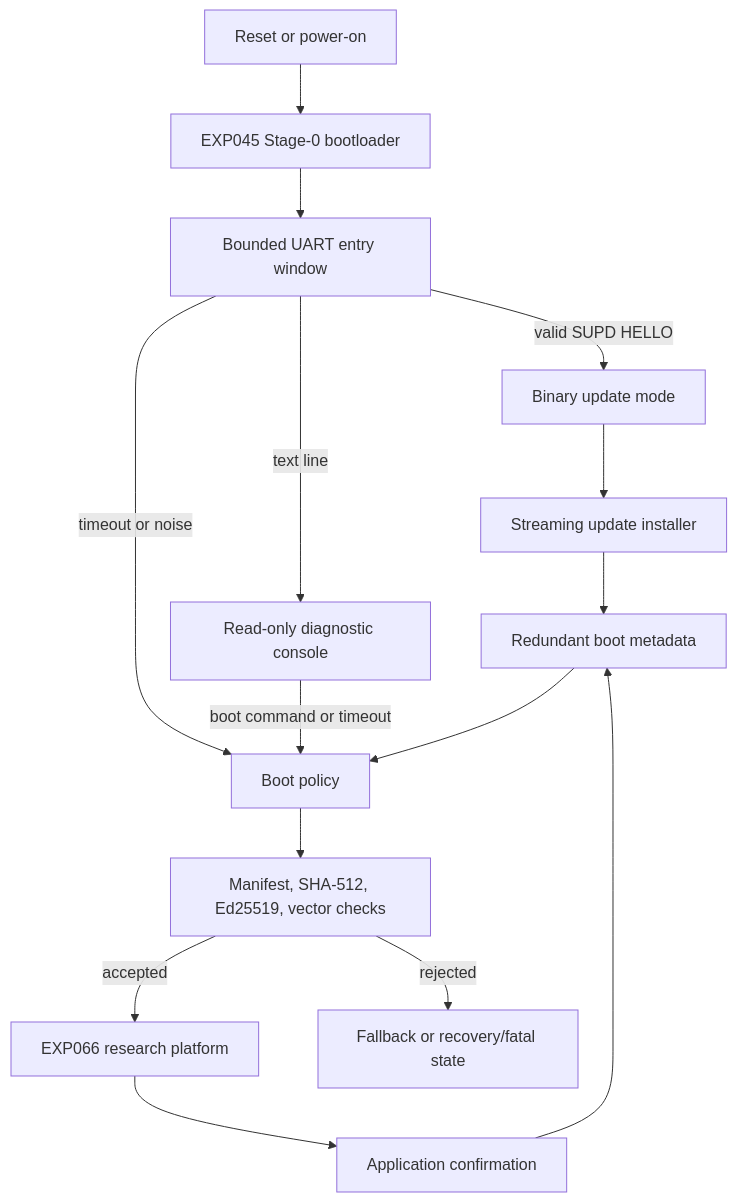
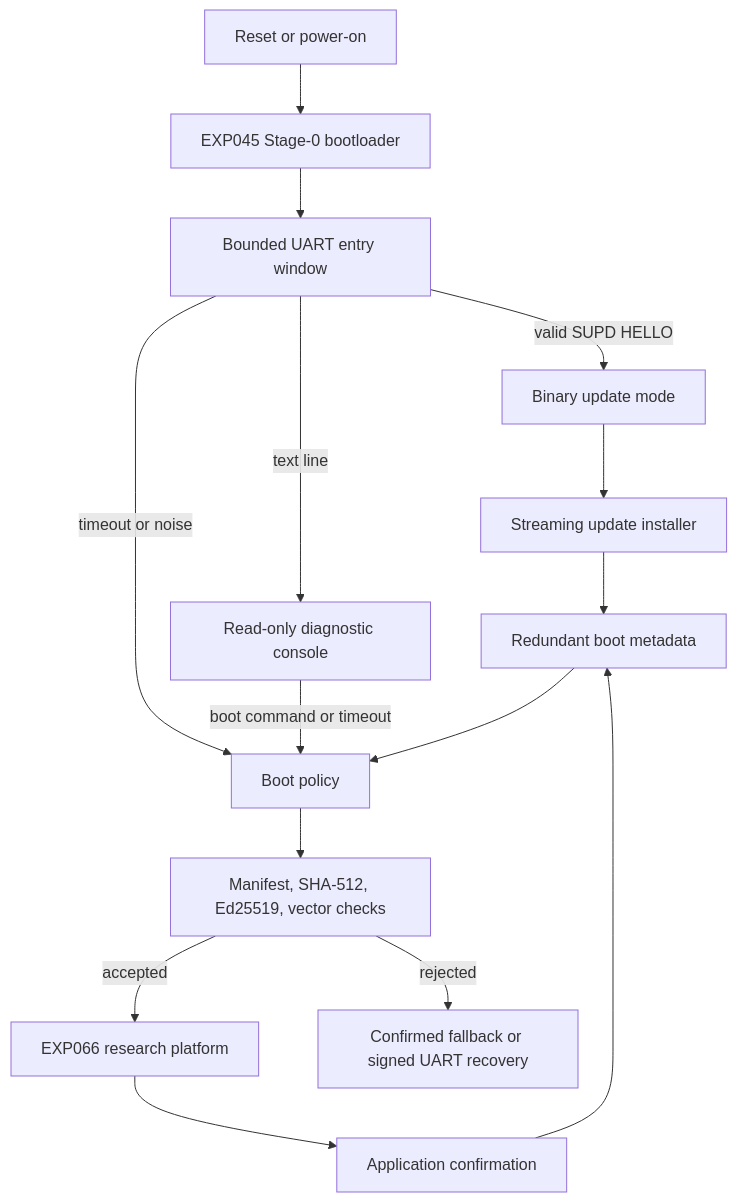
One commit to Zimbo88/stm32-security-lab changed the diagram in README.md. Above: the diagram before and after it, drawn with Mermaid. The commit also changed other lines of this file and 9 other files, not shown here.

````diff
--- a/README.md
+++ b/README.md
@@ -36,17 +36,17 @@
 ```mermaid
 flowchart TD
     Reset[Reset or power-on] --> Bootloader[EXP045 Stage-0 bootloader]
     Bootloader --> Entry[Bounded UART entry window]
     Entry -->|valid SUPD HELLO| UpdateMode[Binary update mode]
     Entry -->|text line| Console[Read-only diagnostic console]
     Entry -->|timeout or noise| BootPolicy[Boot policy]
     Console -->|boot command or timeout| BootPolicy
     UpdateMode --> Installer[Streaming update installer]
     Installer --> Metadata[Redundant boot metadata]
     Metadata --> BootPolicy
     BootPolicy --> Verify[Manifest, SHA-512, Ed25519, vector checks]
     Verify -->|accepted| App[EXP066 research platform]
-    Verify -->|rejected| Fallback[Fallback or recovery/fatal state]
+    Verify -->|rejected| Fallback[Confirmed fallback or signed UART recovery]
     App --> Confirm[Application confirmation]
     Confirm --> Metadata
 ```
````
